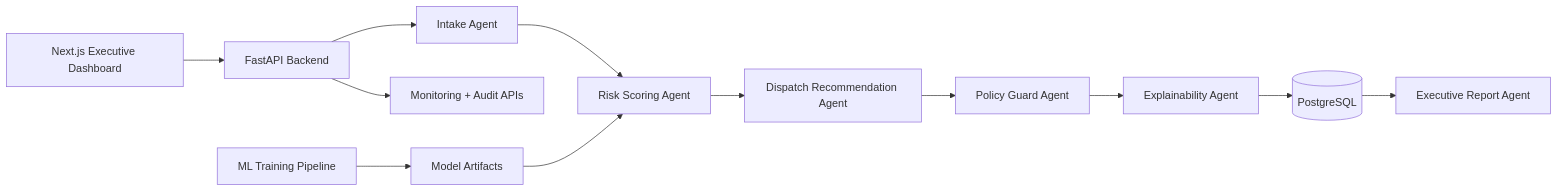
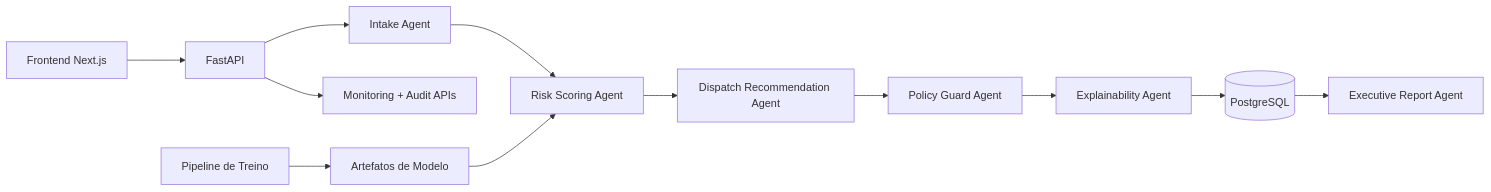
One commit to murylomarques/FieldOps-Sentinel-AI changed the diagram in README.md. Above: the diagram before and after it, drawn with Mermaid. The commit also changed other lines of this file and 40 other files, not shown here.

````diff
--- a/README.md
+++ b/README.md
@@ -28,14 +28,14 @@
 ```mermaid
 flowchart LR
-  UI[Next.js Executive Dashboard] --> API[FastAPI Backend]
+  UI[Frontend Next.js] --> API[FastAPI]
   API --> IA[Intake Agent]
   IA --> RS[Risk Scoring Agent]
   RS --> DR[Dispatch Recommendation Agent]
   DR --> PG[Policy Guard Agent]
   PG --> EX[Explainability Agent]
   EX --> DB[(PostgreSQL)]
   DB --> ER[Executive Report Agent]
   API --> MON[Monitoring + Audit APIs]
-  ML[ML Training Pipeline] --> ART[Model Artifacts]
+  ML[Pipeline de Treino] --> ART[Artefatos de Modelo]
   ART --> RS
 ```
````
